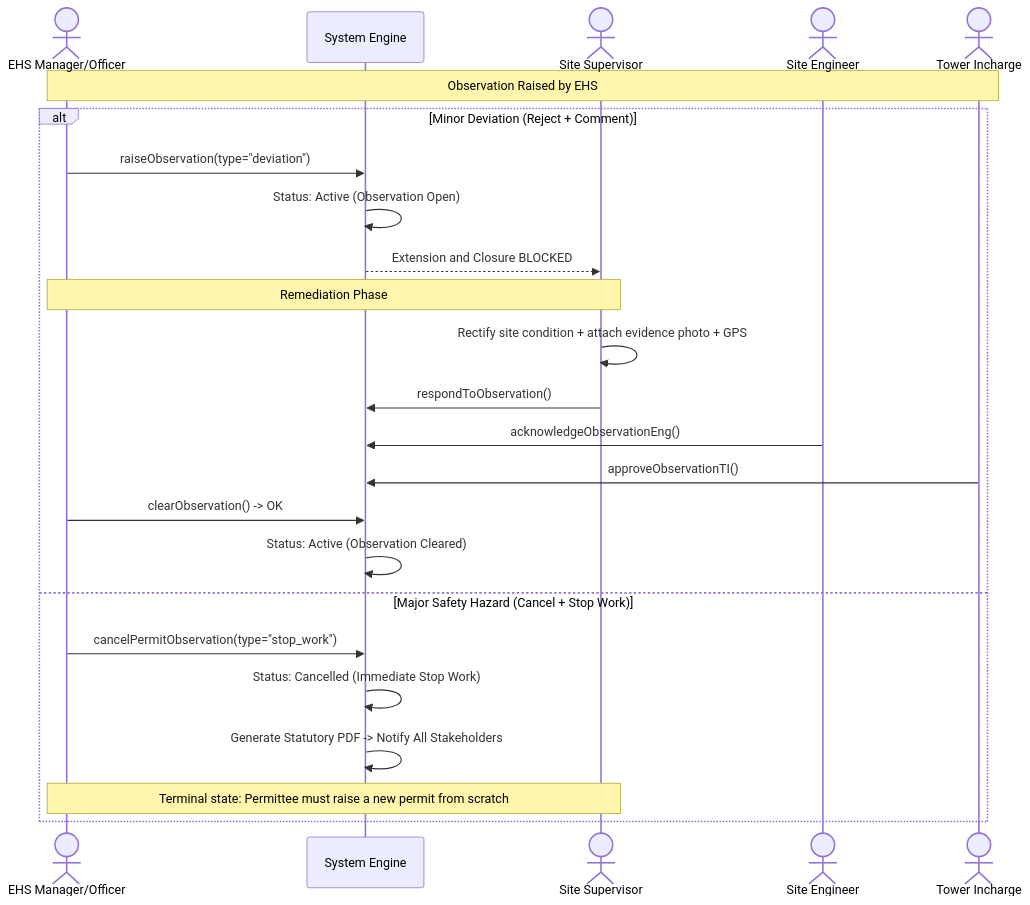
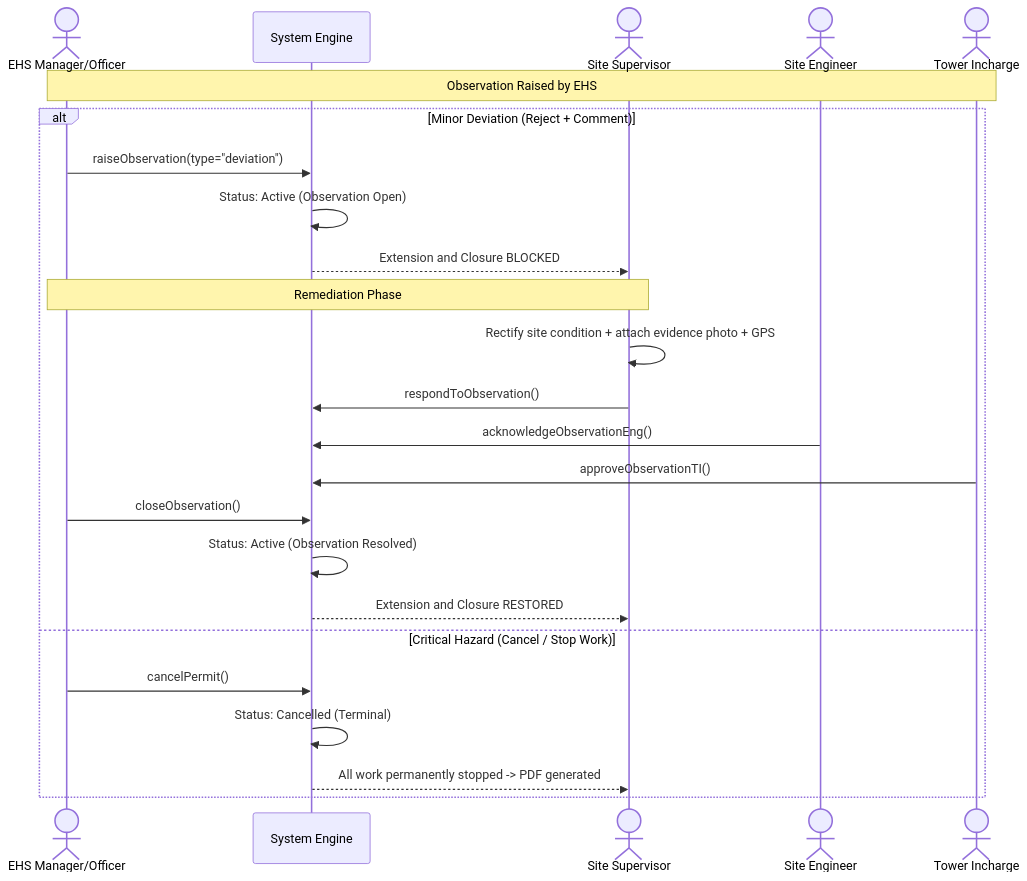
Diagram 18 of 29 in README.md (AuroGroupAutomationBot/ARPL-EHS-Demo), drawn with Mermaid before and after one commit. The commit also changed other lines of this file and 4 other files, not shown here.

````diff
--- a/README.md
+++ b/README.md
@@ -1200,27 +1402,27 @@
 ```mermaid
 sequenceDiagram
     actor EHS as EHS Manager/Officer
     participant SYS as System Engine
     actor SS as Site Supervisor
     actor SE as Site Engineer
     actor TI as Tower Incharge
 
     Note over EHS,TI: Observation Raised by EHS
     alt Minor Deviation (Reject + Comment)
         EHS->>SYS: raiseObservation(type="deviation")
         SYS->>SYS: Status: Active (Observation Open)
         SYS-->>SS: Extension and Closure BLOCKED
         Note over SS,EHS: Remediation Phase
         SS->>SS: Rectify site condition + attach evidence photo + GPS
         SS->>SYS: respondToObservation()
         SE->>SYS: acknowledgeObservationEng()
         TI->>SYS: approveObservationTI()
-        EHS->>SYS: clearObservation() -> OK
-        SYS->>SYS: Status: Active (Observation Cleared)
-    else Major Safety Hazard (Cancel + Stop Work)
-        EHS->>SYS: cancelPermitObservation(type="stop_work")
-        SYS->>SYS: Status: Cancelled (Immediate Stop Work)
-        SYS->>SYS: Generate Statutory PDF -> Notify All Stakeholders
-        Note over SS,EHS: Terminal state: Permittee must raise a new permit from scratch
+        EHS->>SYS: closeObservation()
+        SYS->>SYS: Status: Active (Observation Resolved)
+        SYS-->>SS: Extension and Closure RESTORED
+    else Critical Hazard (Cancel / Stop Work)
+        EHS->>SYS: cancelPermit()
+        SYS->>SYS: Status: Cancelled (Terminal)
+        SYS-->>SS: All work permanently stopped -> PDF generated
     end
 ```
````
